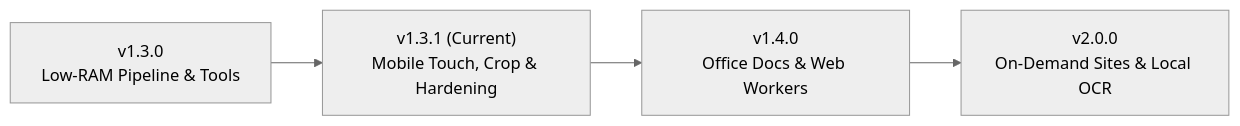
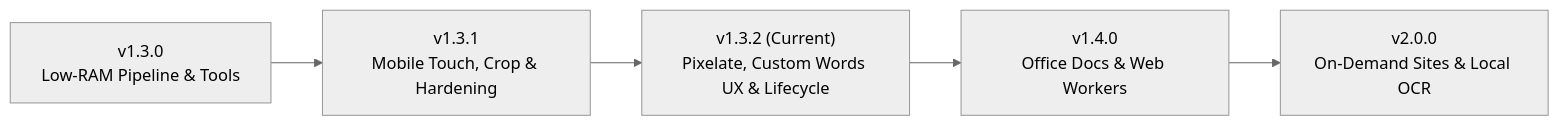
Before and after one commit to m21dev/clipzero: the diagram in ROADMAP.md, drawn with Mermaid (neutral theme). The commit also changed other lines of this file and 22 other files, not shown here.

````diff
--- a/ROADMAP.md
+++ b/ROADMAP.md
@@ -5,6 +5,7 @@
 ```mermaid
 flowchart LR
-    V130["v1.3.0<br/>Low-RAM Pipeline & Tools"] --> V131["v1.3.1 (Current)<br/>Mobile Touch, Crop & Hardening"]
-    V131 --> V140["v1.4.0<br/>Office Docs & Web Workers"]
+    V130["v1.3.0<br/>Low-RAM Pipeline & Tools"] --> V131["v1.3.1<br/>Mobile Touch, Crop & Hardening"]
+    V131 --> V132["v1.3.2 (Current)<br/>Pixelate, Custom Words UX & Lifecycle"]
+    V132 --> V140["v1.4.0<br/>Office Docs & Web Workers"]
     V140 --> V200["v2.0.0<br/>On-Demand Sites & Local OCR"]
 ```
````
